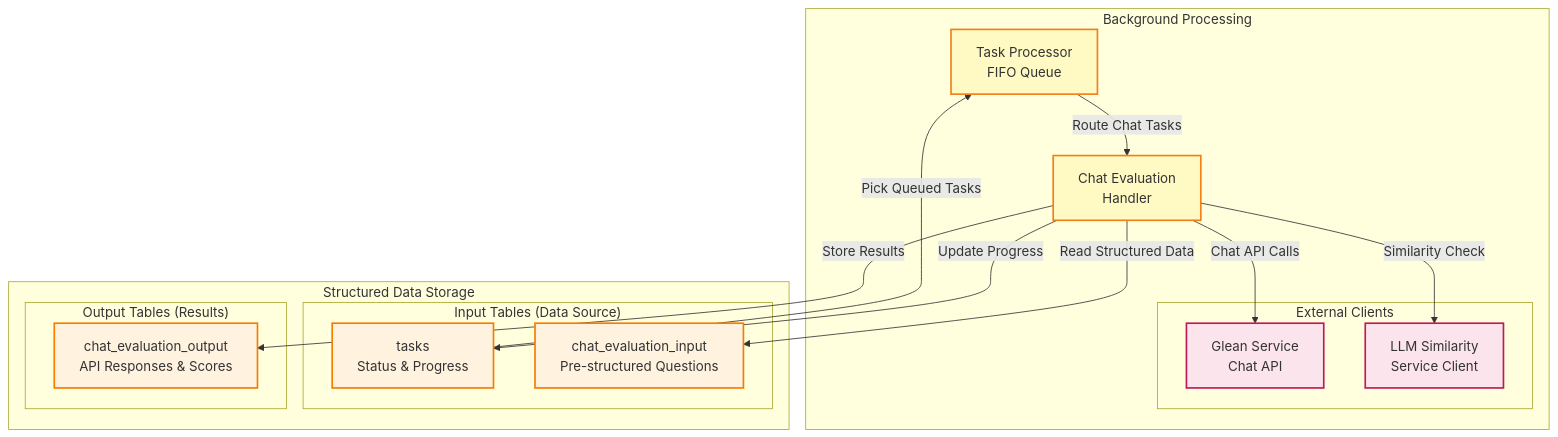
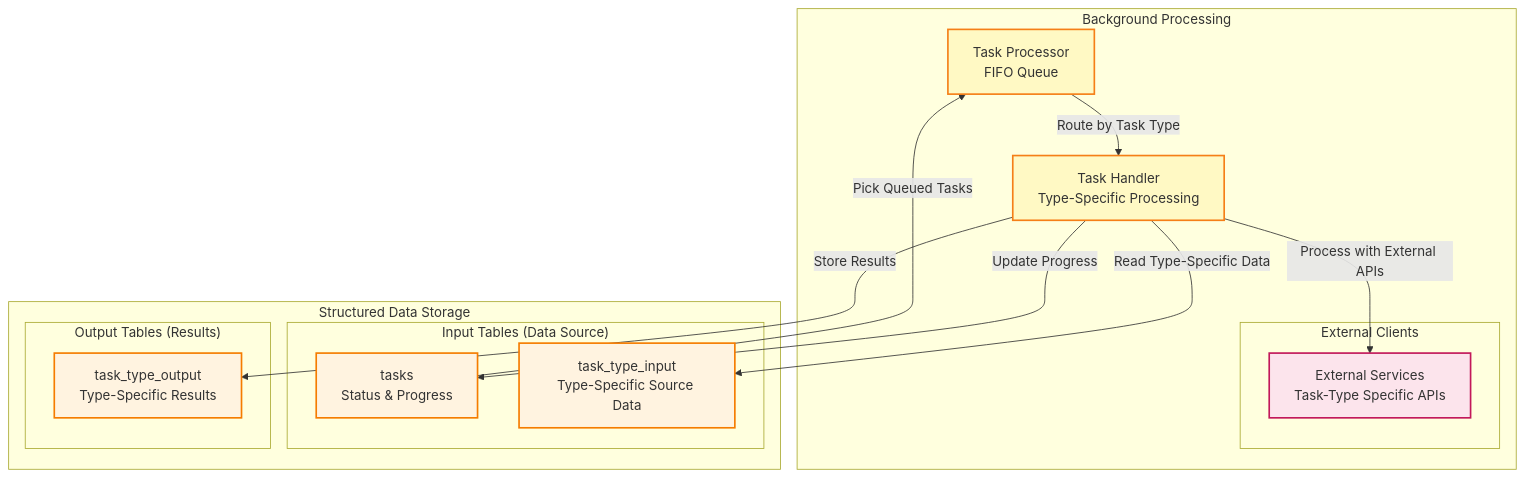
One commit to andrewhzy/SpringHttpClientDataJpaDemo changed the third of 3 diagrams in docs/README.md. Above: the diagram before and after it, drawn with Mermaid. The commit also changed other lines of this file and 1 other file, not shown here.

First line of the commit message:
Add README-SHORT.md for high-level design overview and update README.md for multi-type task management

````diff
--- a/docs/README.md
+++ b/docs/README.md
@@ -244,46 +271,44 @@
 ```mermaid
 flowchart TD
     %% Background Processing Components
     subgraph "Background Processing"
         TaskProcessor[Task Processor<br/>FIFO Queue]
-        ChatEvalHandler[Chat Evaluation<br/>Handler]
+        TaskHandler[Task Handler<br/>Type-Specific Processing]
         
         subgraph "External Clients"
-            GleanServices[Glean Service<br/>Chat API]
-            LLMService[LLM Similarity<br/>Service Client]
+            ExternalServices[External Services<br/>Task-Type Specific APIs]
         end
     end
     
     %% Database Layer - Processing Focus
     subgraph "Structured Data Storage"
         
         subgraph "Input Tables (Data Source)"
             TasksTable[tasks<br/>Status & Progress]
-            ChatInputTable[chat_evaluation_input<br/>Pre-structured Questions]
+            TaskInputTable[task_type_input<br/>Type-Specific Source Data]
         end
         
         subgraph "Output Tables (Results)"
-            ChatOutputTable[chat_evaluation_output<br/>API Responses & Scores]
+            TaskOutputTable[task_type_output<br/>Type-Specific Results]
         end
     end
     
     %% Background Processing Flow
     TasksTable -->|Pick Queued Tasks| TaskProcessor
-    TaskProcessor -->|Route Chat Tasks| ChatEvalHandler
+    TaskProcessor -->|Route by Task Type| TaskHandler
     
-    %% Chat Evaluation Processing Flow
-    ChatEvalHandler -->|Read Structured Data| ChatInputTable
-    ChatEvalHandler -->|Chat API Calls| GleanServices
-    ChatEvalHandler -->|Similarity Check| LLMService
-    ChatEvalHandler -->|Store Results| ChatOutputTable
-    ChatEvalHandler -->|Update Progress| TasksTable
+    %% Task Processing Flow
+    TaskHandler -->|Read Type-Specific Data| TaskInputTable
+    TaskHandler -->|Process with External APIs| ExternalServices
+    TaskHandler -->|Store Results| TaskOutputTable
+    TaskHandler -->|Update Progress| TasksTable
     
     %% Styling
     classDef processLayer fill:#fff9c4,stroke:#f57f17,stroke-width:2px
     classDef dbLayer fill:#fff3e0,stroke:#f57c00,stroke-width:2px
     classDef externalLayer fill:#fce4ec,stroke:#c2185b,stroke-width:2px
     
-    class TaskProcessor,ChatEvalHandler processLayer
-    class TasksTable,ChatInputTable,ChatOutputTable dbLayer
-    class GleanServices,LLMService externalLayer
+    class TaskProcessor,TaskHandler processLayer
+    class TasksTable,TaskInputTable,TaskOutputTable dbLayer
+    class ExternalServices externalLayer
 ```
````
